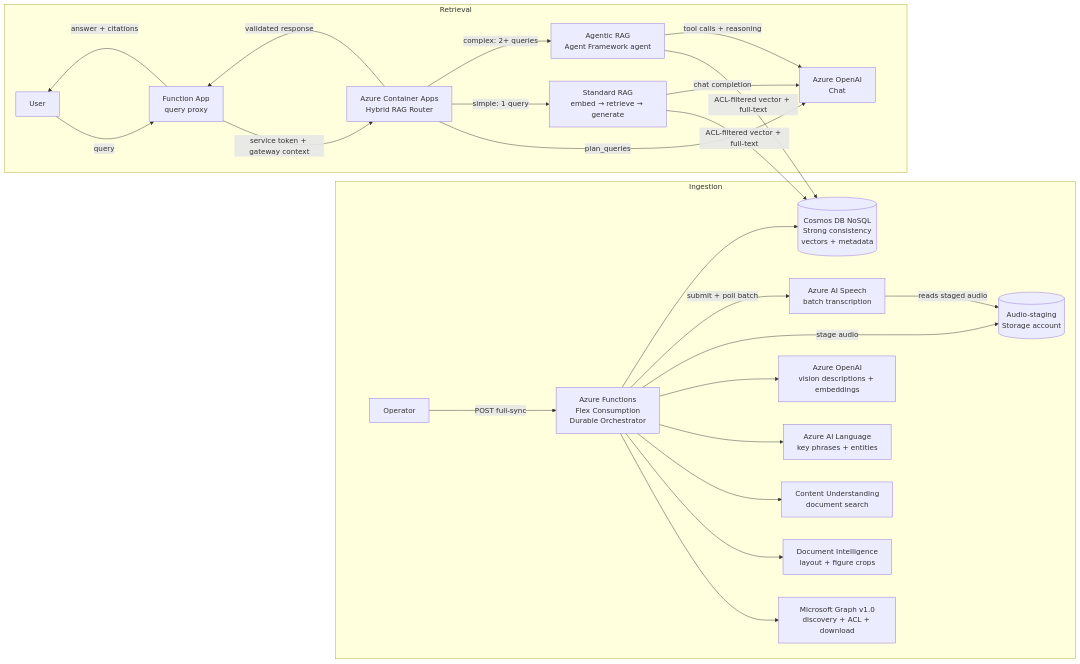
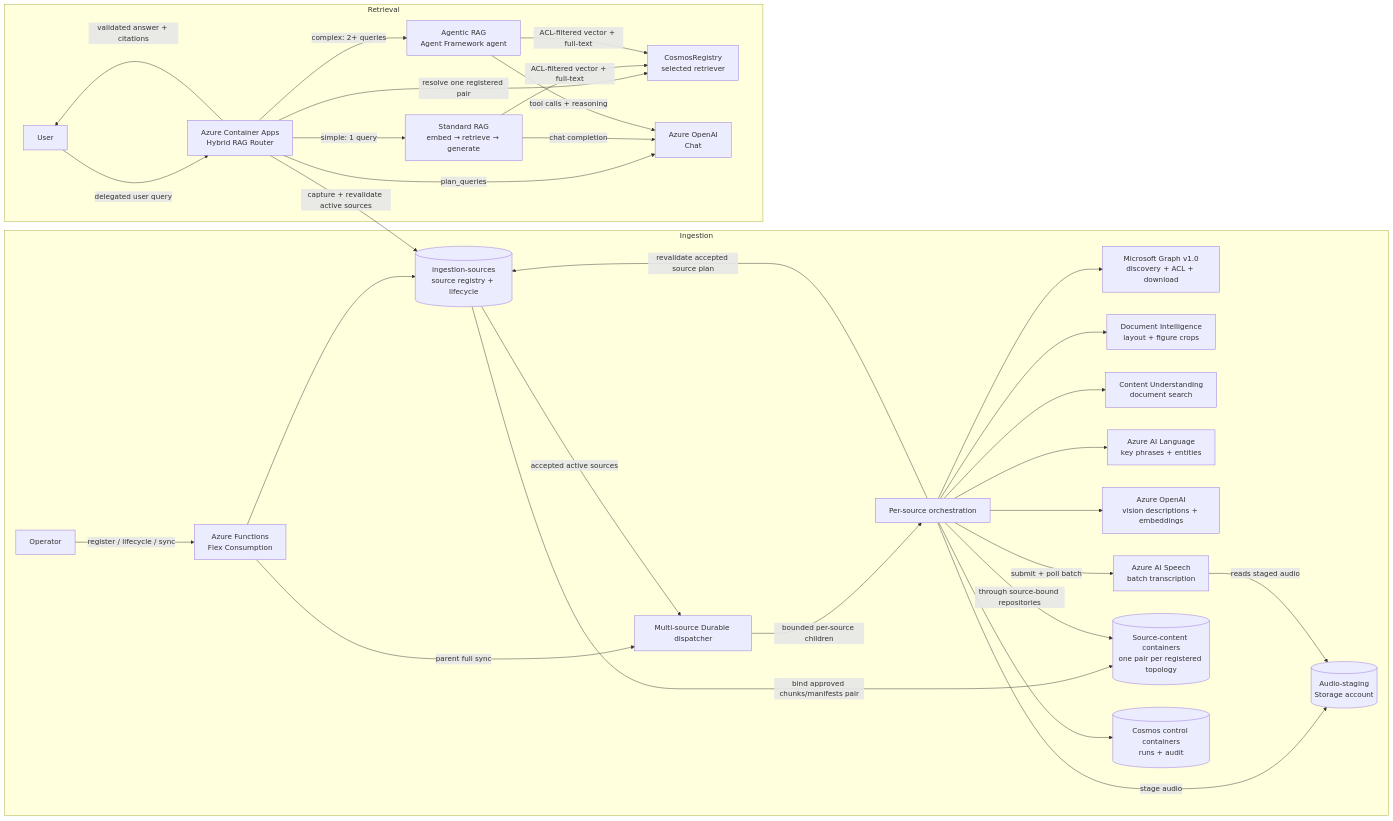
One commit to HariVamsiChittari1/enterprise-rag-pipeline changed the first of 14 diagrams in docs/ARCHITECTURE.md. Above: the diagram before and after it, drawn with Mermaid. The commit also changed other lines of this file and 129 other files, not shown here.

````diff
--- a/docs/ARCHITECTURE.md
+++ b/docs/ARCHITECTURE.md
@@ -10,29 +10,36 @@
 ```mermaid
 flowchart LR
     subgraph Ingestion
-        Operator[Operator] -->|POST full-sync| Functions[Azure Functions<br/>Flex Consumption<br/>Durable Orchestrator]
-        Functions --> Graph[Microsoft Graph v1.0<br/>discovery + ACL + download]
-        Functions --> DI[Document Intelligence<br/>layout + figure crops]
-        Functions --> CU[Content Understanding<br/>document search]
-        Functions --> Language[Azure AI Language<br/>key phrases + entities]
-        Functions --> OpenAI[Azure OpenAI<br/>vision descriptions + embeddings]
-        Functions -->|stage audio| AudioStg[(Audio-staging<br/>Storage account)]
-        Functions -->|submit + poll batch| Speech[Azure AI Speech<br/>batch transcription]
+        Operator[Operator] -->|register / lifecycle / sync| Functions[Azure Functions<br/>Flex Consumption]
+        Functions --> Registry[(ingestion-sources<br/>source registry + lifecycle)]
+        Functions -->|parent full sync| Dispatcher[Multi-source Durable dispatcher]
+        Registry -->|accepted active sources| Dispatcher
+        Dispatcher -->|bounded per-source children| Child[Per-source orchestration]
+        Child --> Graph[Microsoft Graph v1.0<br/>discovery + ACL + download]
+        Child --> DI[Document Intelligence<br/>layout + figure crops]
+        Child --> CU[Content Understanding<br/>document search]
+        Child --> Language[Azure AI Language<br/>key phrases + entities]
+        Child --> OpenAI[Azure OpenAI<br/>vision descriptions + embeddings]
+        Child -->|stage audio| AudioStg[(Audio-staging<br/>Storage account)]
+        Child -->|submit + poll batch| Speech[Azure AI Speech<br/>batch transcription]
         Speech -->|reads staged audio| AudioStg
-        Functions --> Cosmos[(Cosmos DB NoSQL<br/>Strong consistency<br/>vectors + metadata)]
+        Child -->|revalidate accepted source plan| Registry
+        Registry -->|bind approved chunks/manifests pair| Content[(Source-content containers<br/>one pair per registered topology)]
+        Child -->|through source-bound repositories| Content
+        Child --> Control[(Cosmos control containers<br/>runs + audit)]
     end
 
     subgraph Retrieval
-        User[User] -->|query| FuncProxy[Function App<br/>query proxy]
-        FuncProxy -->|service token + gateway context| RAG[Azure Container Apps<br/>Hybrid RAG Router]
+        User[User] -->|delegated user query| RAG[Azure Container Apps<br/>Hybrid RAG Router]
+        RAG -->|capture + revalidate active sources| Registry
+        RAG -->|resolve one registered pair| Pair[CosmosRegistry<br/>selected retriever]
         RAG -->|plan_queries| OpenAIChat[Azure OpenAI<br/>Chat]
         RAG -->|simple: 1 query| Standard[Standard RAG<br/>embed → retrieve → generate]
         RAG -->|complex: 2+ queries| Agentic[Agentic RAG<br/>Agent Framework agent]
-        Standard -->|ACL-filtered vector + full-text| Cosmos
-        Agentic -->|ACL-filtered vector + full-text| Cosmos
+        Standard -->|ACL-filtered vector + full-text| Pair
+        Agentic -->|ACL-filtered vector + full-text| Pair
         Standard -->|chat completion| OpenAIChat
         Agentic -->|tool calls + reasoning| OpenAIChat
-        RAG -->|validated response| FuncProxy
-        FuncProxy -->|answer + citations| User
+        RAG -->|validated answer + citations| User
     end
 ```
````
